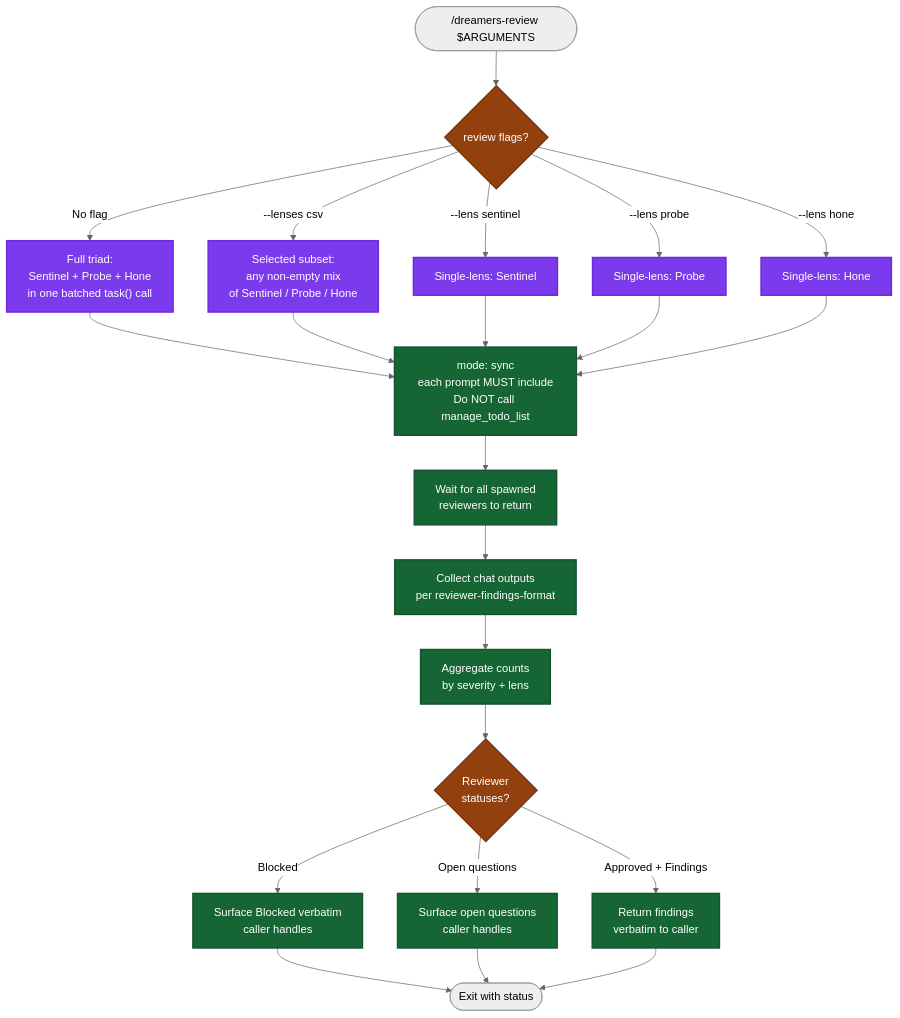
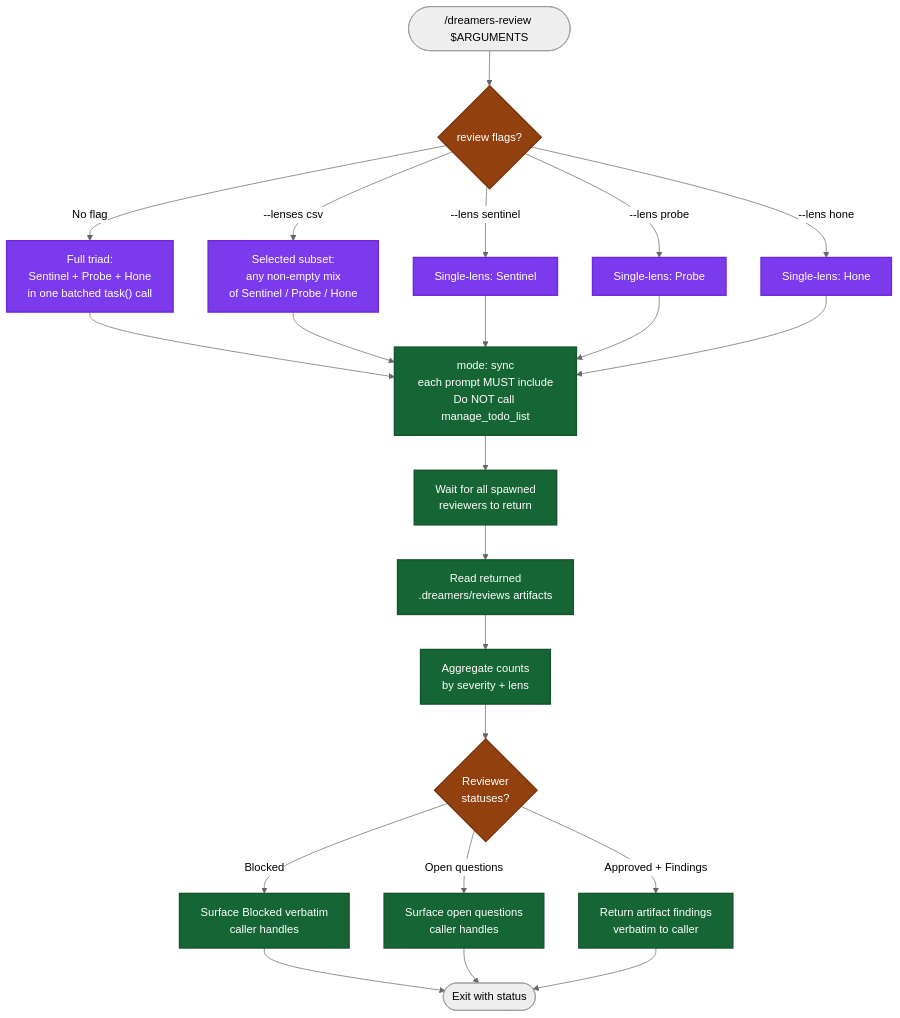
The diagram in .github/skills/dreamers-review/readme.md (mrStorrs/dreamers-copilot), drawn with Mermaid (neutral theme) before and after one commit. The commit also changed other lines of this file and 24 other files, not shown here.

Commit message:
feat: add reviewer artifact handoffs (#42)

````diff
--- a/.github/skills/dreamers-review/readme.md
+++ b/.github/skills/dreamers-review/readme.md
@@ -5,37 +5,37 @@
 ```mermaid
 flowchart TD
     Start(["/dreamers-review $ARGUMENTS"]) --> ModeCheck{"review flags?"}
 
     ModeCheck -->|No flag| Triad["Full triad:<br/>Sentinel + Probe + Hone<br/>in one batched task() call"]
     ModeCheck -->|--lenses csv| Selected["Selected subset:<br/>any non-empty mix<br/>of Sentinel / Probe / Hone"]
     ModeCheck -->|--lens sentinel| LensS["Single-lens: Sentinel"]
     ModeCheck -->|--lens probe| LensP["Single-lens: Probe"]
     ModeCheck -->|--lens hone| LensH["Single-lens: Hone"]
 
     Triad --> Spawn["mode: sync<br/>each prompt MUST include<br/>Do NOT call manage_todo_list"]
     Selected --> Spawn
     LensS --> Spawn
     LensP --> Spawn
     LensH --> Spawn
 
     Spawn --> Wait["Wait for all spawned<br/>reviewers to return"]
-    Wait --> Collect["Collect chat outputs<br/>per reviewer-findings-format"]
+    Wait --> Collect["Read returned<br/>.dreamers/reviews artifacts"]
     Collect --> Aggregate["Aggregate counts<br/>by severity + lens"]
     Aggregate --> CheckStatus{"Reviewer<br/>statuses?"}
 
     CheckStatus -->|Blocked| Surface1["Surface Blocked verbatim<br/>caller handles"]
     CheckStatus -->|Open questions| Surface2["Surface open questions<br/>caller handles"]
-    CheckStatus -->|Approved + Findings| Report["Return findings<br/>verbatim to caller"]
+    CheckStatus -->|Approved + Findings| Report["Return artifact findings<br/>verbatim to caller"]
 
     Surface1 --> End(["Exit with status"])
     Surface2 --> End
     Report --> End
 
     classDef gate fill:#92400e,stroke:#78350f,stroke-width:2px,color:#fff
     classDef phase fill:#166534,stroke:#14532d,stroke-width:2px,color:#fff
     classDef agent fill:#7c3aed,stroke:#6d28d9,stroke-width:2px,color:#fff
 
     class ModeCheck,CheckStatus gate
     class Triad,Selected,LensS,LensP,LensH agent
     class Spawn,Wait,Collect,Aggregate,Surface1,Surface2,Report phase
 ```
````
